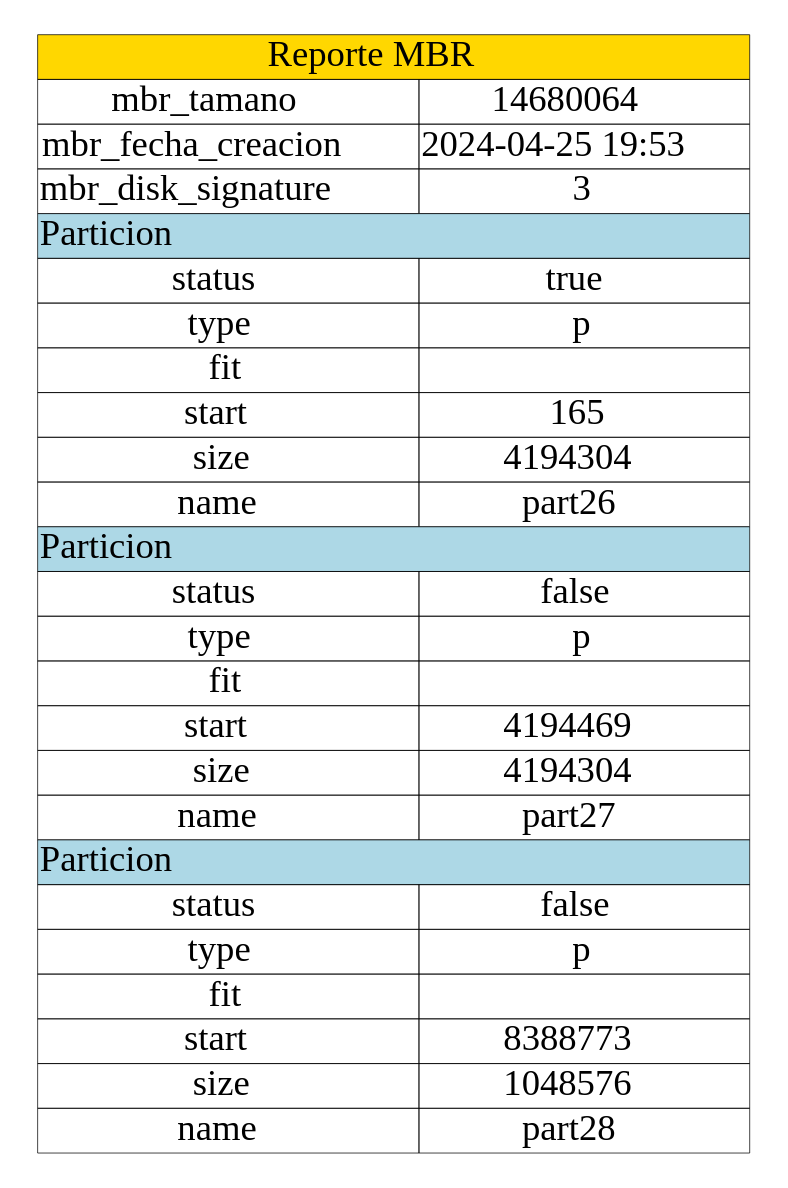
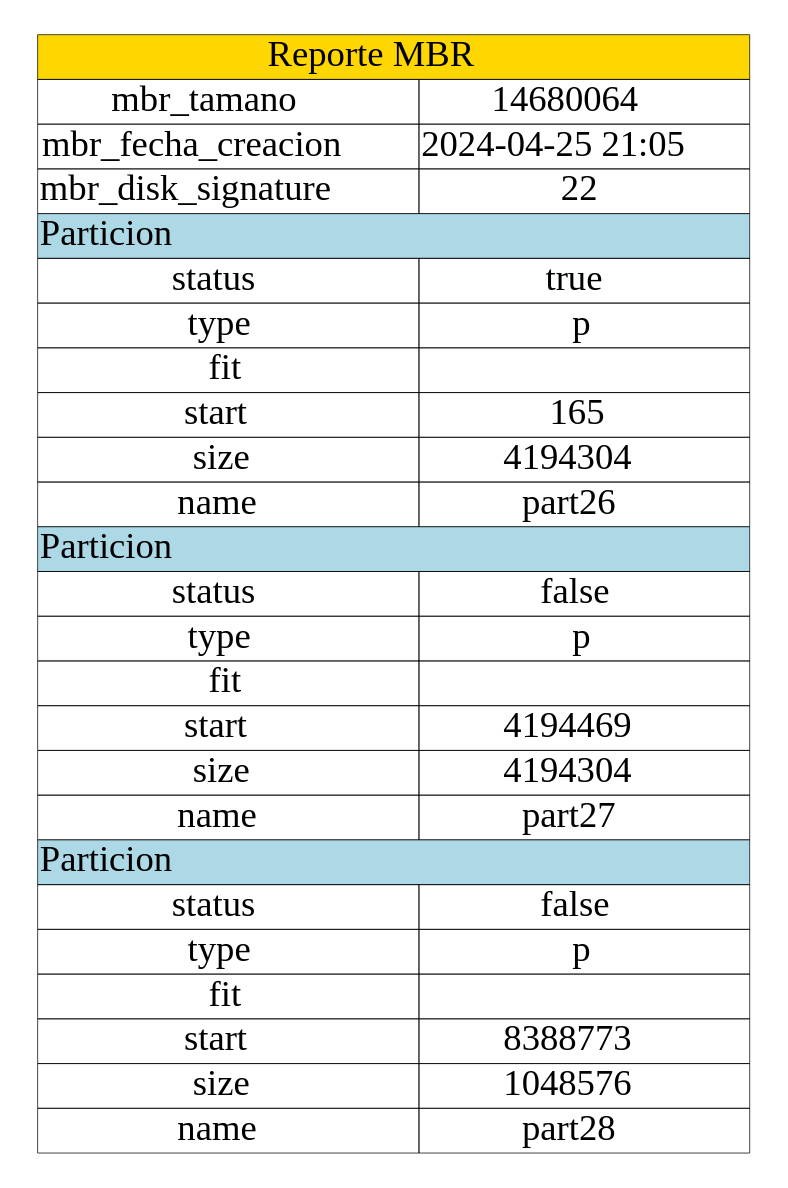
Before and after one commit to LuisReal/MIA_P2_201313965: the diagram in Backend/mbr.dot, drawn with Graphviz. The commit also changed 16 other files, not shown here.

```diff
--- a/Backend/mbr.dot
+++ b/Backend/mbr.dot
@@ -1,21 +1,21 @@
 digraph H {
 			labelloc="t";
 			label="Disco C";
 			fontsize="50"
 			graph [pad="0.5", nodesep="0.5", ranksep="1"];
 			node [shape=plaintext]
 			rankdir=LR;label=<
-				<table  border="0" cellborder="1" cellspacing="0"><tr><td colspan="3" style="filled" bgcolor="#FFD700"  port='1'>Reporte MBR</td></tr><tr><td>mbr_tamano</td><td port='2'>14680064</td></tr><tr><td>mbr_fecha_creacion</td><td port='3'>2024-04-25 19:53</td></tr><tr><td>mbr_disk_signature </td><td port='4'>3</td></tr>
+				<table  border="0" cellborder="1" cellspacing="0"><tr><td colspan="3" style="filled" bgcolor="#FFD700"  port='1'>Reporte MBR</td></tr><tr><td>mbr_tamano</td><td port='2'>14680064</td></tr><tr><td>mbr_fecha_creacion</td><td port='3'>2024-04-25 21:05</td></tr><tr><td>mbr_disk_signature </td><td port='4'>22</td></tr>
 
 				<tr><td colspan="3" align="left" style="filled" bgcolor="lightblue" port='5'>Particion</td></tr><tr><td>status</td><td port='6'>true</td></tr><tr><td>type</td><td port='7'>p</td></tr><tr><td>fit</td><td port='8'></td></tr><tr><td>start</td><td port='9'>165</td></tr><tr><td>size</td><td port='10'>4194304</td></tr>
 
 				<tr><td>name</td><td port='11'>part26</td></tr>
 
 				<tr><td colspan="3" align="left" style="filled" bgcolor="lightblue" port='12'>Particion</td></tr><tr><td>status</td><td port='13'>false</td></tr><tr><td>type</td><td port='14'>p</td></tr><tr><td>fit</td><td port='15'></td></tr><tr><td>start</td><td port='16'>4194469</td></tr><tr><td>size</td><td port='17'>4194304</td></tr>
 
 				<tr><td>name</td><td port='18'>part27</td></tr>
 
 				<tr><td colspan="3" align="left" style="filled" bgcolor="lightblue" port='19'>Particion</td></tr><tr><td>status</td><td port='20'>false</td></tr><tr><td>type</td><td port='21'>p</td></tr><tr><td>fit</td><td port='22'></td></tr><tr><td>start</td><td port='23'>8388773</td></tr><tr><td>size</td><td port='24'>1048576</td></tr>
 
 				<tr><td>name</td><td port='25'>part28</td></tr></table>
 				>}
```
